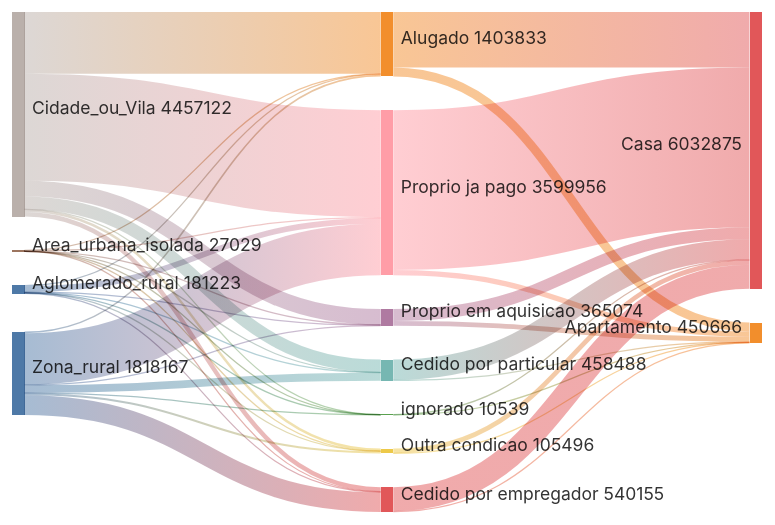
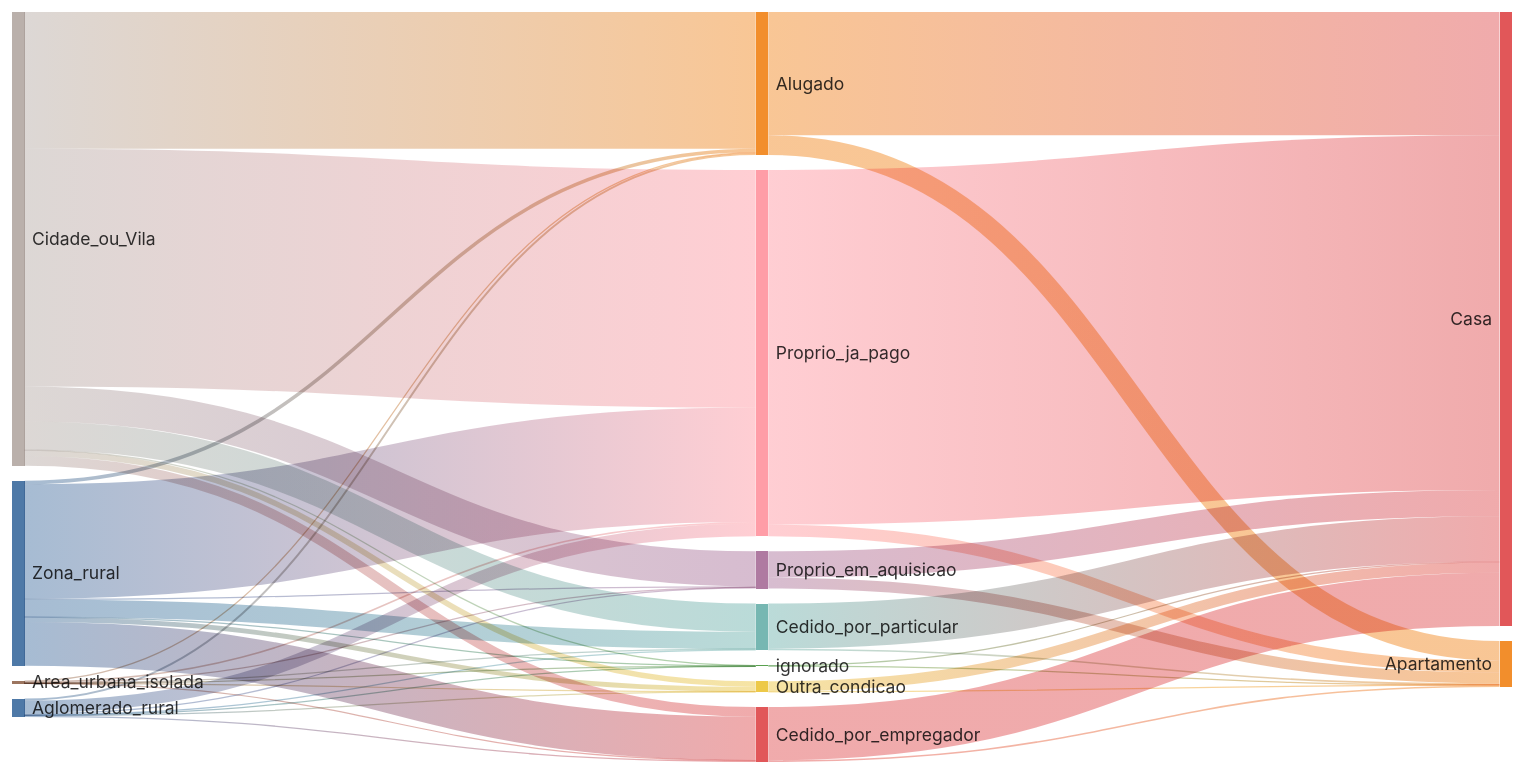
Before and after one commit to rafapolo/xyz: the second of 3 diagrams in index.md, drawn with Mermaid. The commit also changed other lines of this file and 3 other files, not shown here.

First line of the commit message:
fix: Add Mermaid configuration for Sankey diagrams in GitHub Pages

````diff
--- a/index.md
+++ b/index.md
@@ -130,45 +141,52 @@
 ```mermaid
+---
+config:
+ sankey:
+  showValues: false
+  width: 1200
+  height: 600
+---
 sankey-beta
-        Aglomerado_rural,Alugado,19572
-        Aglomerado_rural,Cedido por empregador,13165
-    Aglomerado_rural,Cedido por particular,8836
+    Aglomerado_rural,Alugado,19572
+    Aglomerado_rural,Cedido_por_empregador,13165
+    Aglomerado_rural,Cedido_por_particular,8836
     Aglomerado_rural,ignorado,437
-    Aglomerado_rural,Outra condicao,3330
-    Aglomerado_rural,Proprio em aquisicao,11155
-    Aglomerado_rural,Proprio ja pago,124728
+    Aglomerado_rural,Outra_condicao,3330
+    Aglomerado_rural,Proprio_em_aquisicao,11155
+    Aglomerado_rural,Proprio_ja_pago,124728
     Area_urbana_isolada,Alugado,6098
-    Area_urbana_isolada,Cedido por empregador,1893
-    Area_urbana_isolada,Cedido por particular,1910
+    Area_urbana_isolada,Cedido_por_empregador,1893
+    Area_urbana_isolada,Cedido_por_particular,1910
     Area_urbana_isolada,ignorado,38
-    Area_urbana_isolada,Outra condicao,342
-    Area_urbana_isolada,Proprio em aquisicao,1212
-    Area_urbana_isolada,Proprio ja pago,15536
+    Area_urbana_isolada,Outra_condicao,342
+    Area_urbana_isolada,Proprio_em_aquisicao,1212
+    Area_urbana_isolada,Proprio_ja_pago,15536
     Cidade_ou_Vila,Alugado,1343492
-    Cidade_ou_Vila,Cedido por empregador,96021
-    Cidade_ou_Vila,Cedido por particular,277264
+    Cidade_ou_Vila,Cedido_por_empregador,96021
+    Cidade_ou_Vila,Cedido_por_particular,277264
     Cidade_ou_Vila,ignorado,6427
-    Cidade_ou_Vila,Outra condicao,54910
-    Cidade_ou_Vila,Proprio em aquisicao,344477
-    Cidade_ou_Vila,Proprio ja pago,2334531
+    Cidade_ou_Vila,Outra_condicao,54910
+    Cidade_ou_Vila,Proprio_em_aquisicao,344477
+    Cidade_ou_Vila,Proprio_ja_pago,2334531
     Zona_rural,Alugado,34671
-    Zona_rural,Cedido por empregador,429076
-    Zona_rural,Cedido por particular,170478
+    Zona_rural,Cedido_por_empregador,429076
+    Zona_rural,Cedido_por_particular,170478
     Zona_rural,ignorado,3637
-    Zona_rural,Outra condicao,46914
-    Zona_rural,Proprio em aquisicao,8230
-    Zona_rural,Proprio ja pago,1125161
+    Zona_rural,Outra_condicao,46914
+    Zona_rural,Proprio_em_aquisicao,8230
+    Zona_rural,Proprio_ja_pago,1125161
     Alugado,Apartamento,192360
     Alugado,Casa,1211473
-    Cedido por empregador,Apartamento,15897
-    Cedido por empregador,Casa,524258
-    Cedido por particular,Apartamento,15198
-    Cedido por particular,Casa,443290
+    Cedido_por_empregador,Apartamento,15897
+    Cedido_por_empregador,Casa,524258
+    Cedido_por_particular,Apartamento,15198
+    Cedido_por_particular,Casa,443290
     ignorado,Apartamento,1420
     ignorado,Casa,9119
-    Outra condicao,Apartamento,3131
-    Outra condicao,Casa,102365
-    Proprio em aquisicao,Apartamento,107008
-    Proprio em aquisicao,Casa,258066
-    Proprio ja pago,Apartamento,115652
-    Proprio ja pago,Casa,3484304
+    Outra_condicao,Apartamento,3131
+    Outra_condicao,Casa,102365
+    Proprio_em_aquisicao,Apartamento,107008
+    Proprio_em_aquisicao,Casa,258066
+    Proprio_ja_pago,Apartamento,115652
+    Proprio_ja_pago,Casa,3484304
 ```
````
